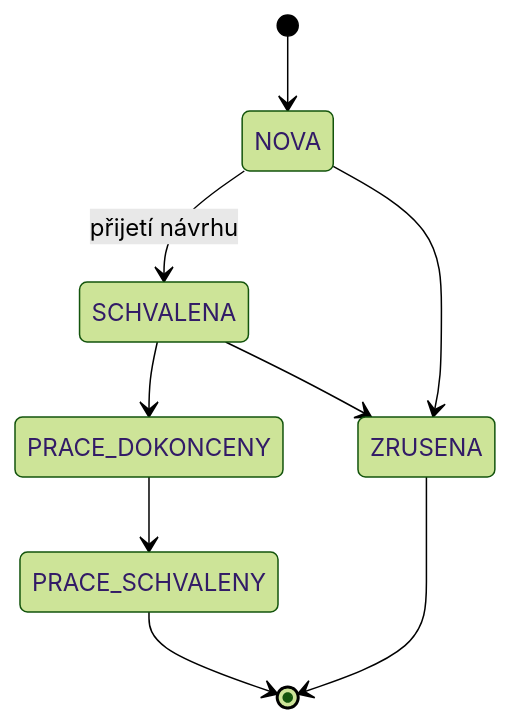
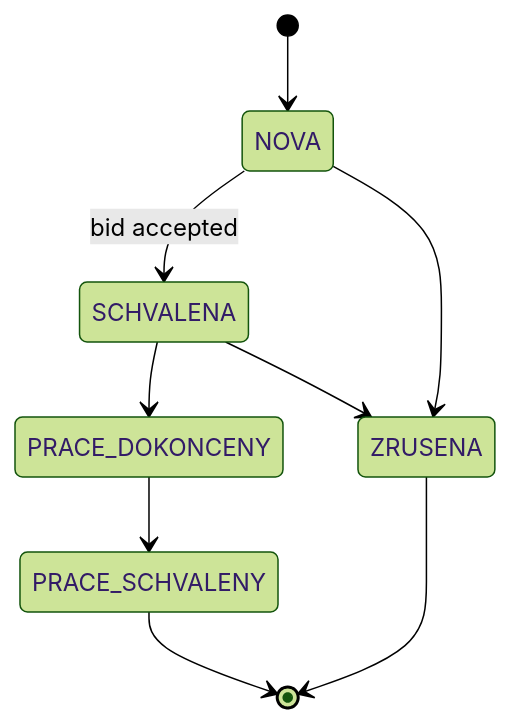
Before and after one commit to mirovisus/zahrada_backend: the second of 3 diagrams in docs/TECHNICKA_DOKUMENTACE.md, drawn with Mermaid (forest theme). The commit also changed other lines of this file and 1 other file, not shown here.

````diff
--- a/docs/TECHNICKA_DOKUMENTACE.md
+++ b/docs/TECHNICKA_DOKUMENTACE.md
@@ -108,11 +111,11 @@
 ```mermaid
 stateDiagram-v2
     [*] --> NOVA
-    NOVA --> SCHVALENA : přijetí návrhu
+    NOVA --> SCHVALENA : bid accepted
     SCHVALENA --> PRACE_DOKONCENY
     PRACE_DOKONCENY --> PRACE_SCHVALENY
     NOVA --> ZRUSENA
     SCHVALENA --> ZRUSENA
     PRACE_SCHVALENY --> [*]
     ZRUSENA --> [*]
 ```
````
